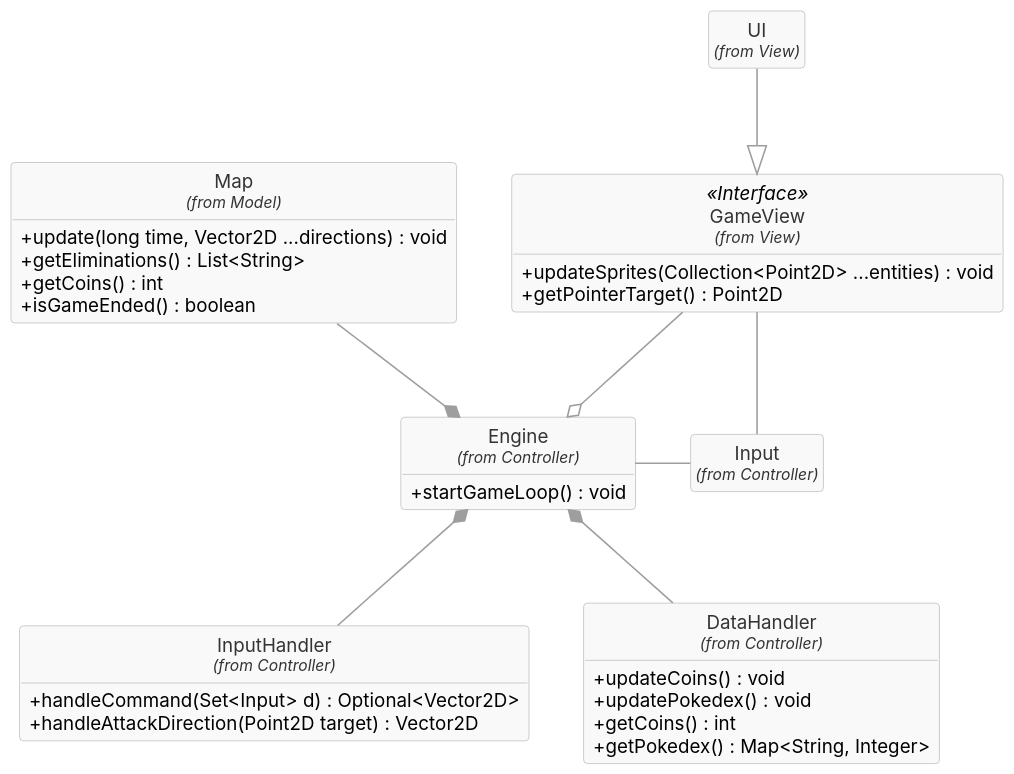
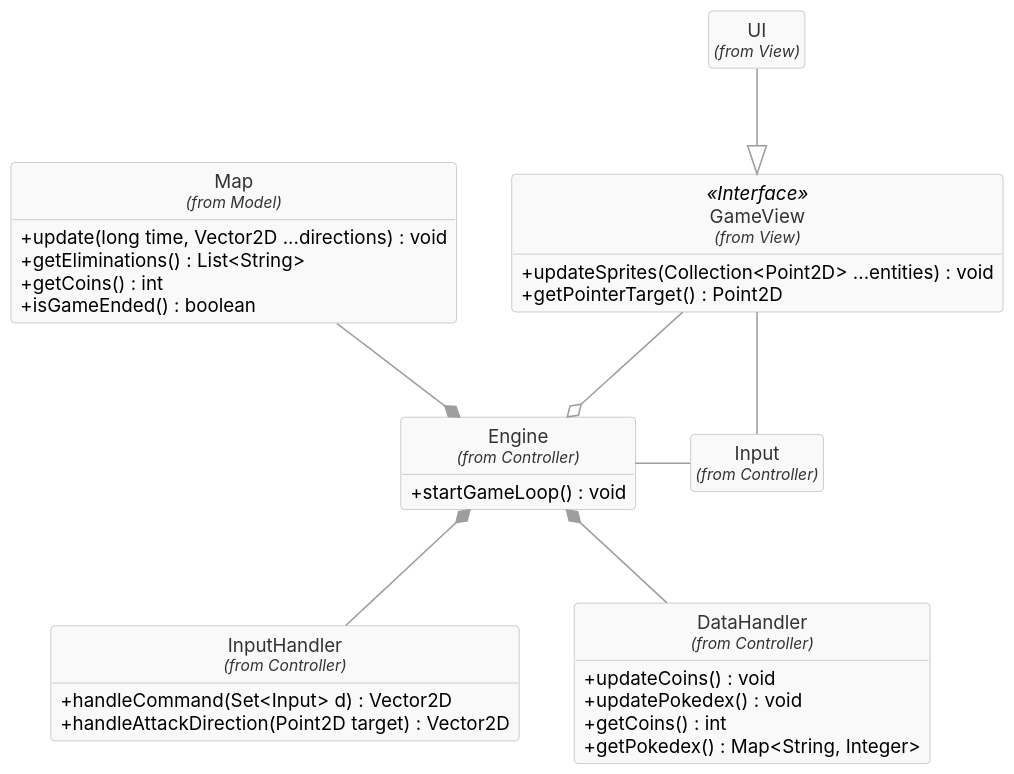
Before and after one commit to GiocoMatto/wild-enc-actions-test: the diagram in report/uml/gameArchitecture.puml, drawn with PlantUML. The commit also changed 4 other files, not shown here.

Commit message:
fix(chapter 2.1): little uml fix + clarified that the view is easly replaceble

```diff
--- a/report/uml/gameArchitecture.puml
+++ b/report/uml/gameArchitecture.puml
@@ -1,84 +1,84 @@
 @startuml GameArchitecture
 
 ' =========================
 '  Skin
 ' =========================
 
 skinparam shadowing false
 skinparam roundcorner 5
 skinparam dpi 150
 
 skinparam DefaultFontName "Inter"
 skinparam DefaultFontSize 12
 skinparam classAttributeIconSize 0
 
 skinparam class {
   BackgroundColor #F9F9F9
   BorderColor #BFBFBF
   FontColor #333333
 }
 
 skinparam Arrow {
   Color #9E9E9E
   Thickness 1
 }
 
 hide circle
 hide empty members
 
 ' =========================
 '  Classes
 ' =========================
 
 ' Subtitle for classes: 
 ' \n<size:10><i>(from model)</i></size>
 class "Map\n<size:10><i>(from Model)</i></size>" {
   +update(long time, Vector2D ...directions) : void
   +getEliminations() : List<String>
   +getCoins() : int
   +isGameEnded() : boolean
 }
 
 class "Engine\n<size:10><i>(from Controller)</i></size>" {
   +startGameLoop() : void
   
 }
 
 enum "Input\n<size:10><i>(from Controller)</i></size>" {
 
 }
 
 class "InputHandler\n<size:10><i>(from Controller)</i></size>" {
-  +handleCommand(Set<Input> d) : Optional<Vector2D>
+  +handleCommand(Set<Input> d) : Vector2D
   +handleAttackDirection(Point2D target) : Vector2D
 }
 
 class "DataHandler\n<size:10><i>(from Controller)</i></size>" {
   +updateCoins() : void
   +updatePokedex() : void
   +getCoins() : int
   +getPokedex() : Map<String, Integer>
 }
 
 class "GameView\n<size:10><i>(from View)</i></size>" <<Interface>> {
   +updateSprites(Collection<Point2D> ...entities) : void
   +getPointerTarget() : Point2D
 }
 
 class "UI\n<size:10><i>(from View)</i></size>" {
 
 }
 
 "Map\n<size:10><i>(from Model)</i></size>" --* "Engine\n<size:10><i>(from Controller)</i></size>"
 
 "Input\n<size:10><i>(from Controller)</i></size>" -left- "Engine\n<size:10><i>(from Controller)</i></size>"
 "Input\n<size:10><i>(from Controller)</i></size>" -up- "GameView\n<size:10><i>(from View)</i></size>"
 
 "InputHandler\n<size:10><i>(from Controller)</i></size>" -up-* "Engine\n<size:10><i>(from Controller)</i></size>"
 "DataHandler\n<size:10><i>(from Controller)</i></size>" -up-* "Engine\n<size:10><i>(from Controller)</i></size>"
 
 "GameView\n<size:10><i>(from View)</i></size>" --o "Engine\n<size:10><i>(from Controller)</i></size>"
 
 "UI\n<size:10><i>(from View)</i></size>" --|> "GameView\n<size:10><i>(from View)</i></size>"
 
 @enduml 
```
